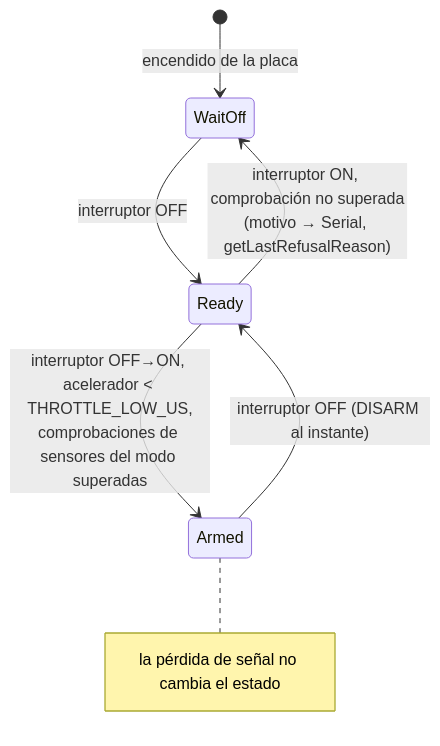
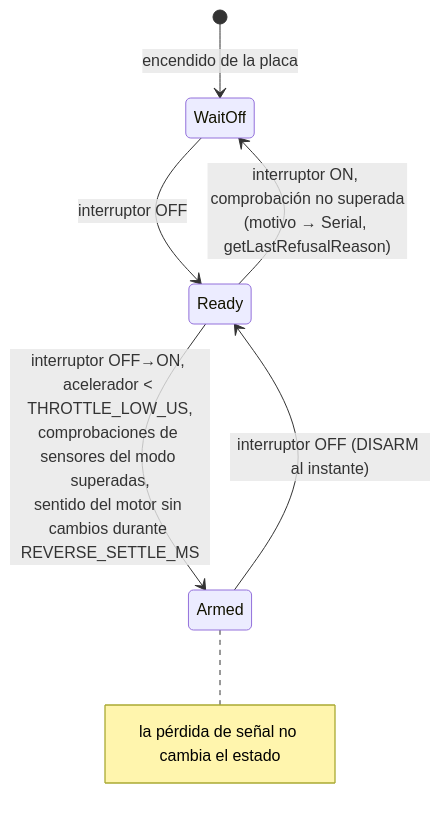
One commit to damir-lebedev/OpenPlaneProject changed the seventh of 11 diagrams in docs/i18n/es/ARCHITECTURE.md. Above: the diagram before and after it, drawn with Mermaid. The commit also changed other lines of this file and 166 other files, not shown here.

First line of the commit message:
Make the bidirectional BLHeli 80A ESC the main one, with a disarm-only motor reverse

````diff
--- a/docs/i18n/es/ARCHITECTURE.md
+++ b/docs/i18n/es/ARCHITECTURE.md
@@ -407,9 +413,9 @@
 ```mermaid
 stateDiagram-v2
     [*] --> WaitOff : encendido de la placa
     WaitOff --> Ready : interruptor OFF
-    Ready --> Armed : interruptor OFF→ON, acelerador < THROTTLE_LOW_US,<br/>comprobaciones de sensores del modo superadas
+    Ready --> Armed : interruptor OFF→ON, acelerador < THROTTLE_LOW_US,<br/>comprobaciones de sensores del modo superadas,<br/>sentido del motor sin cambios durante REVERSE_SETTLE_MS
     Ready --> WaitOff : interruptor ON, comprobación no superada<br/>(motivo → Serial, getLastRefusalReason)
     Armed --> Ready : interruptor OFF (DISARM al instante)
     note right of Armed : la pérdida de señal no cambia el estado
 ```
````
